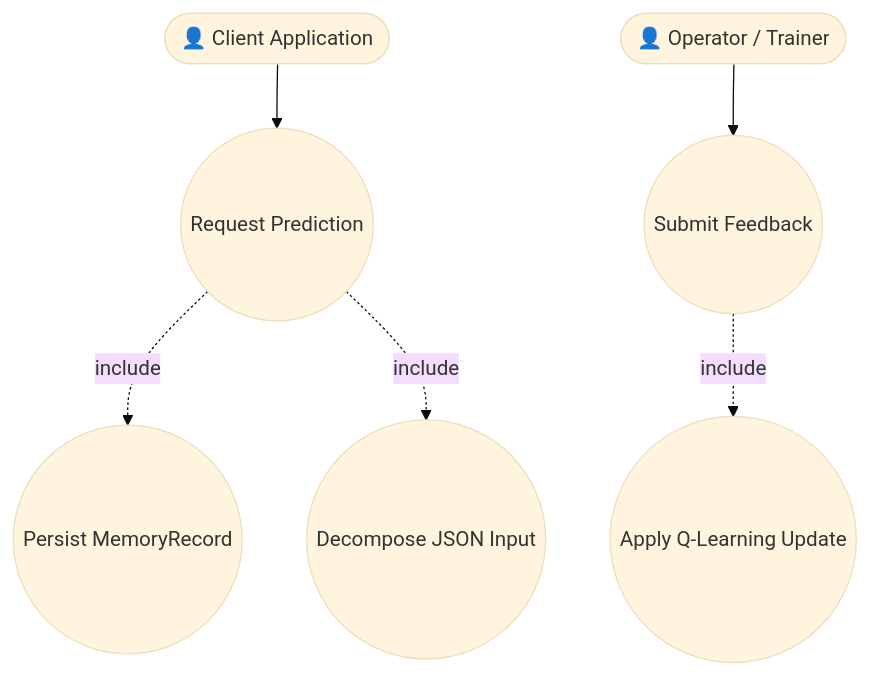
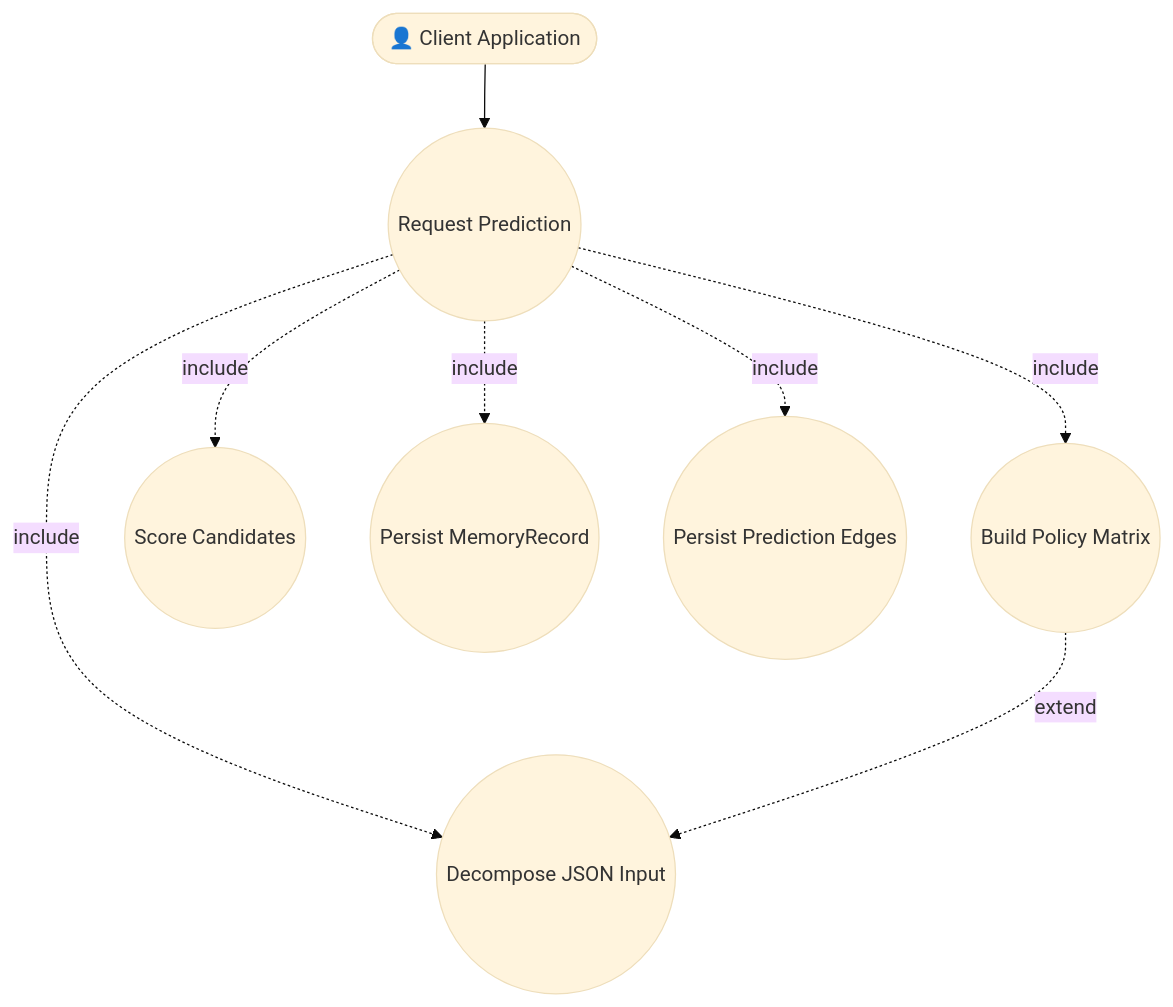
The third of 4 diagrams in docs/reinforcement-learning-endpoints.md (brandonkindred/Deepthought), drawn with Mermaid (base theme) before and after one commit. The commit also changed other lines of this file, not shown here.

````diff
--- a/docs/reinforcement-learning-endpoints.md
+++ b/docs/reinforcement-learning-endpoints.md
@@ -139,18 +132,20 @@
 ```mermaid
 flowchart TB
     Client(["👤 Client Application"])
-    Operator(["👤 Operator / Trainer"])
 
     UC1(("Request Prediction"))
-    UC2(("Submit Feedback"))
-    UC4(("Persist MemoryRecord"))
-    UC5(("Apply Q-Learning Update"))
-    UC6(("Decompose JSON Input"))
+    UC2(("Decompose JSON Input"))
+    UC3(("Build Policy Matrix"))
+    UC4(("Score Candidates"))
+    UC5(("Persist MemoryRecord"))
+    UC6(("Persist Prediction Edges"))
 
     Client --> UC1
-    Operator --> UC2
 
+    UC1 -. include .-> UC2
+    UC1 -. include .-> UC3
     UC1 -. include .-> UC4
+    UC1 -. include .-> UC5
     UC1 -. include .-> UC6
-    UC2 -. include .-> UC5
+    UC3 -. extend .-> UC2
 ```
````
